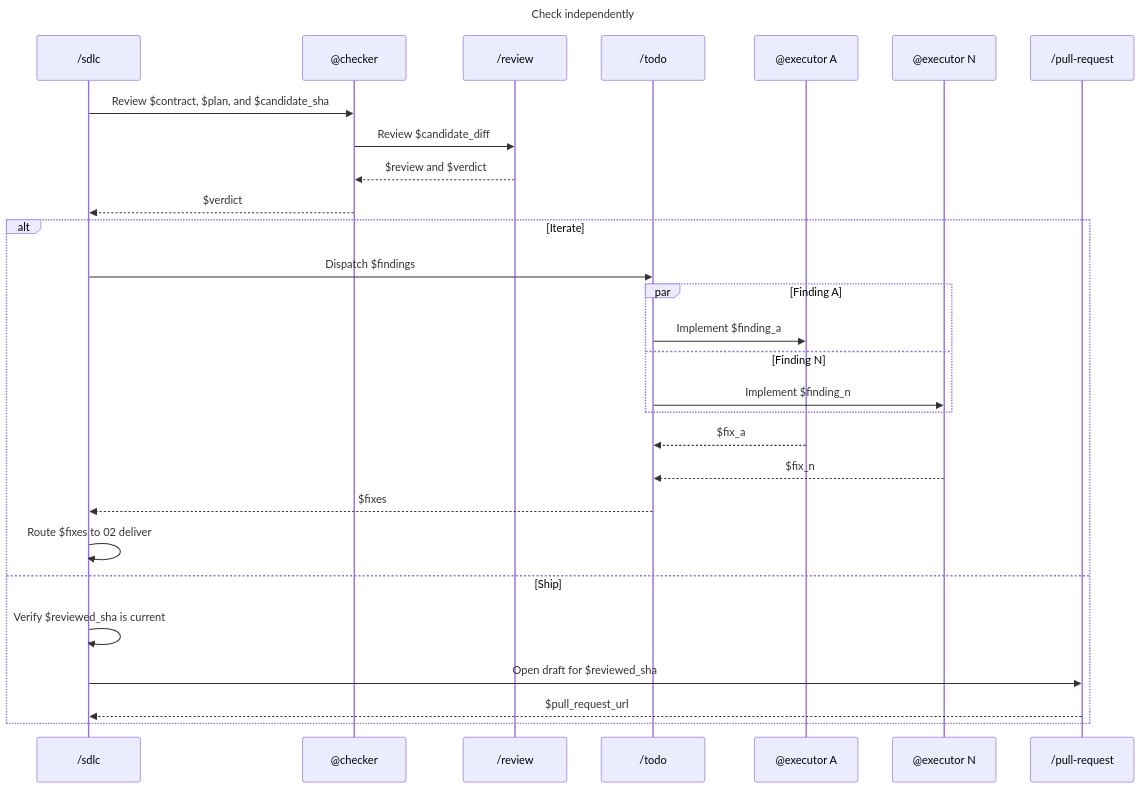
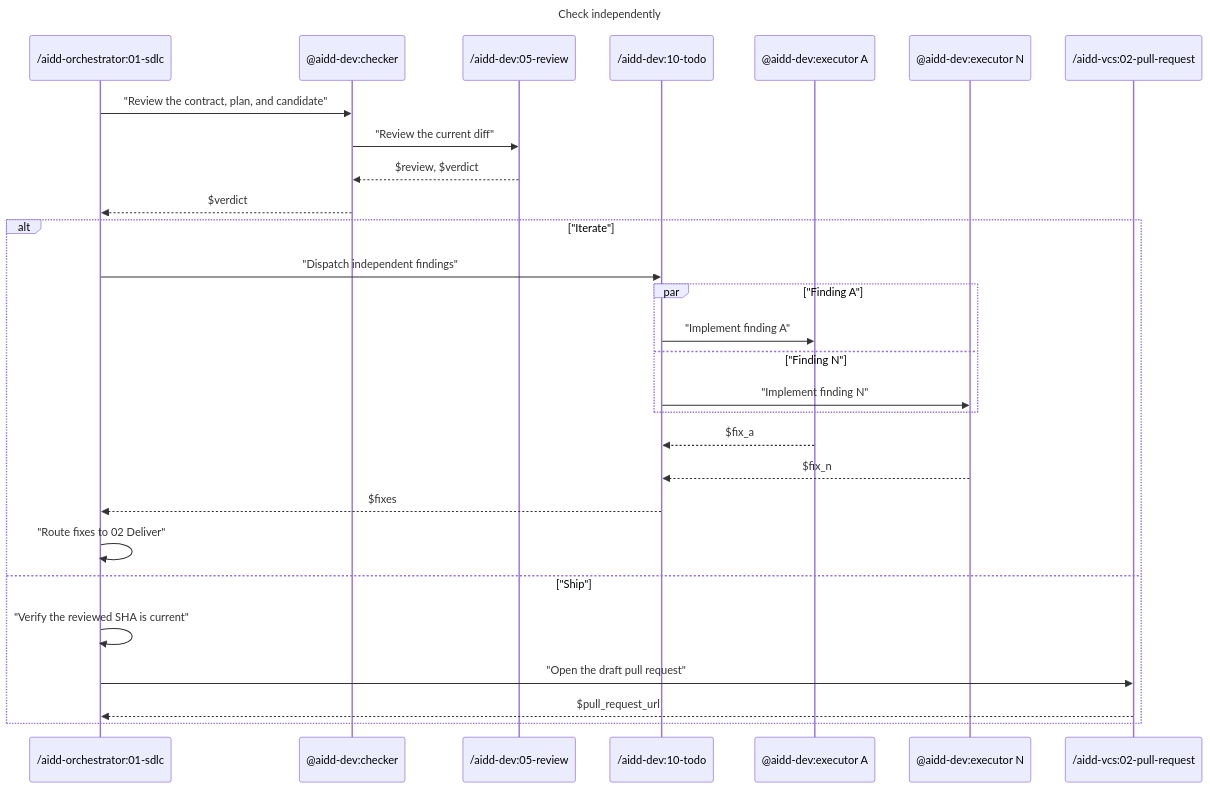
Before and after one commit to ai-driven-dev/aidd-framework: the diagram in plugins/aidd-orchestrator/skills/01-sdlc/references/03-check.md, drawn with Mermaid. The commit also changed other lines of this file and 4 other files, not shown here.

Commit message:
fix(orchestrator): name SDLC providers explicitly

````diff
--- a/plugins/aidd-orchestrator/skills/01-sdlc/references/03-check.md
+++ b/plugins/aidd-orchestrator/skills/01-sdlc/references/03-check.md
@@ -5,34 +5,34 @@
 ```mermaid
 ---
 title: Check independently
 ---
 sequenceDiagram
-  participant Sdlc as /sdlc
-  participant Checker as @checker
-  participant Review as /review
-  participant Todo as /todo
-  participant ExecutorA as @executor A
-  participant ExecutorN as @executor N
-  participant PullRequest as /pull-request
+  participant Sdlc as /aidd-orchestrator:01-sdlc
+  participant Checker as @aidd-dev:checker
+  participant Review as /aidd-dev:05-review
+  participant Todo as /aidd-dev:10-todo
+  participant ExecutorA as @aidd-dev:executor A
+  participant ExecutorN as @aidd-dev:executor N
+  participant PullRequest as /aidd-vcs:02-pull-request
 
-  Sdlc->>Checker: Review $contract, $plan, and $candidate_sha
-  Checker->>Review: Review $candidate_diff
-  Review-->>Checker: $review and $verdict
+  Sdlc->>Checker: "Review the contract, plan, and candidate"
+  Checker->>Review: "Review the current diff"
+  Review-->>Checker: $review, $verdict
   Checker-->>Sdlc: $verdict
-  alt Iterate
-    Sdlc->>Todo: Dispatch $findings
-    par Finding A
-      Todo->>ExecutorA: Implement $finding_a
-    and Finding N
-      Todo->>ExecutorN: Implement $finding_n
+  alt "Iterate"
+    Sdlc->>Todo: "Dispatch independent findings"
+    par "Finding A"
+      Todo->>ExecutorA: "Implement finding A"
+    and "Finding N"
+      Todo->>ExecutorN: "Implement finding N"
     end
     ExecutorA-->>Todo: $fix_a
     ExecutorN-->>Todo: $fix_n
     Todo-->>Sdlc: $fixes
-    Sdlc->>Sdlc: Route $fixes to 02 deliver
-  else Ship
-    Sdlc->>Sdlc: Verify $reviewed_sha is current
-    Sdlc->>PullRequest: Open draft for $reviewed_sha
+    Sdlc->>Sdlc: "Route fixes to 02 Deliver"
+  else "Ship"
+    Sdlc->>Sdlc: "Verify the reviewed SHA is current"
+    Sdlc->>PullRequest: "Open the draft pull request"
     PullRequest-->>Sdlc: $pull_request_url
   end
 ```
````
